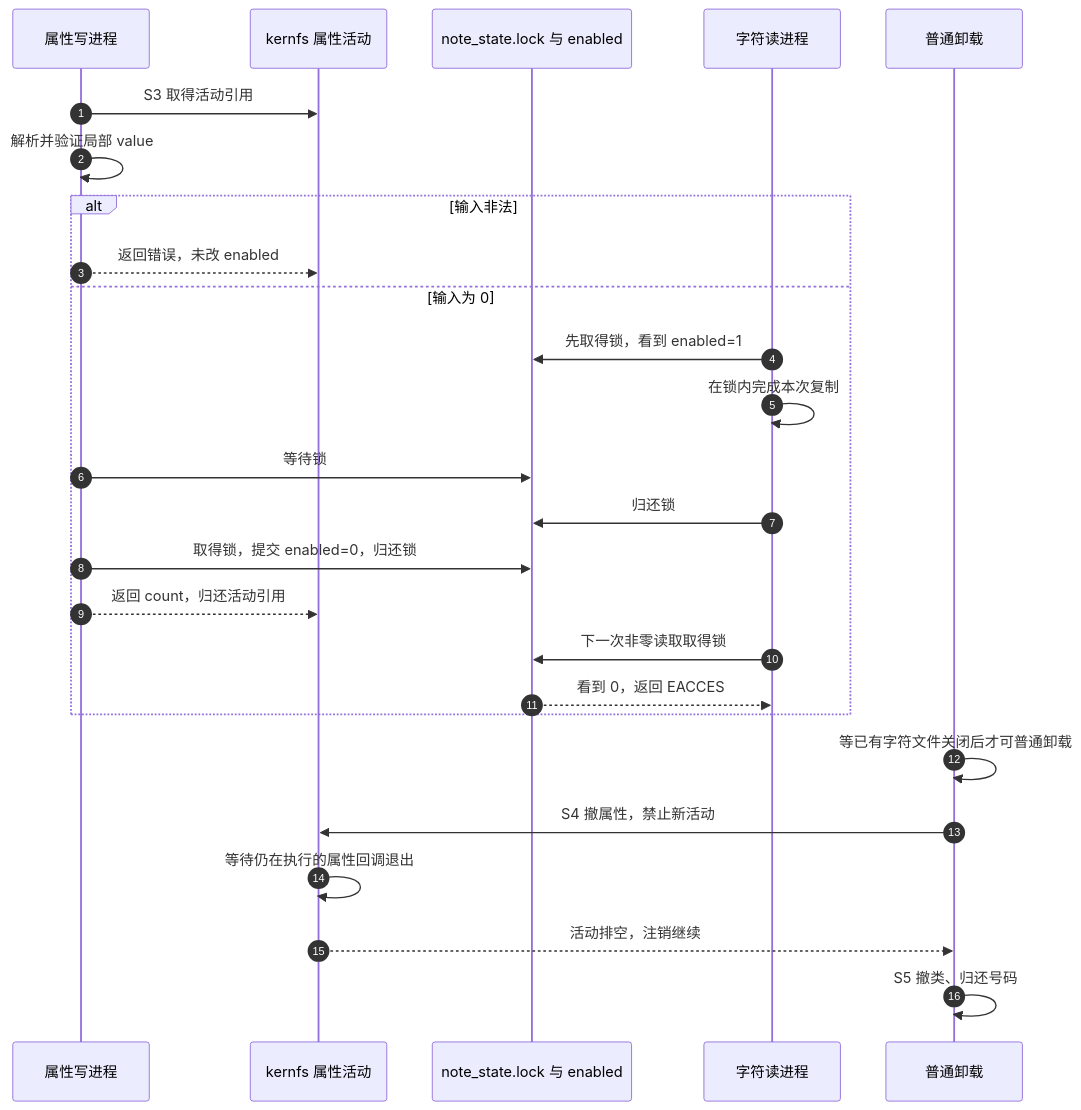
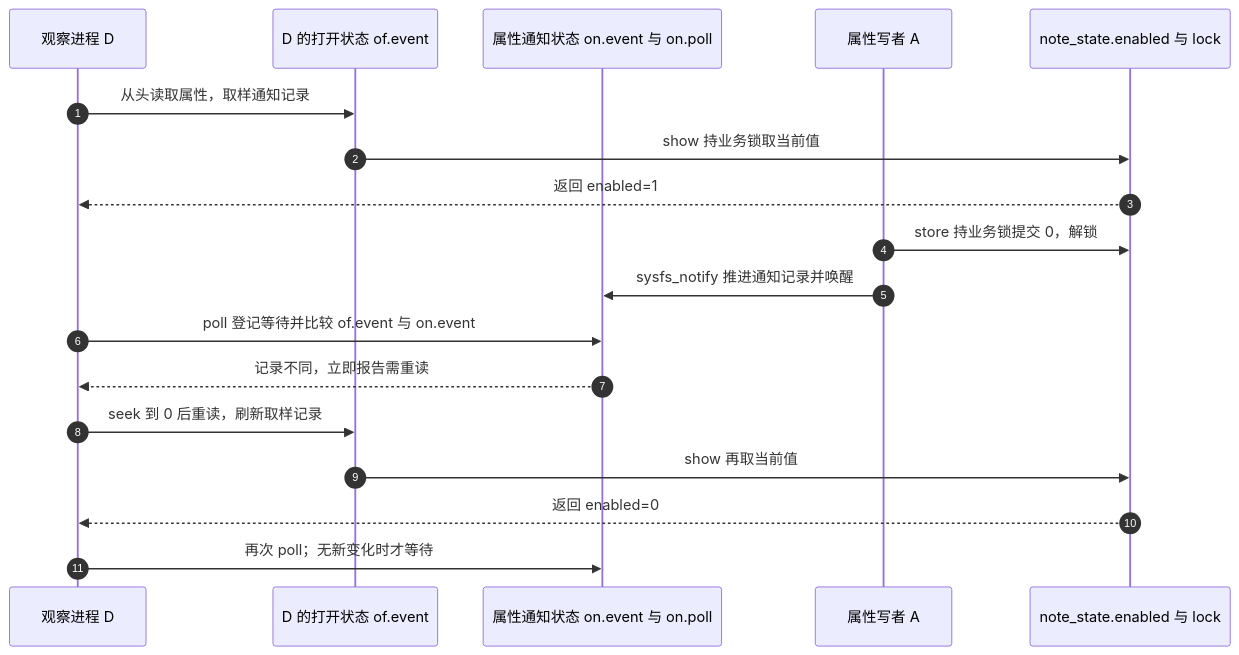
Before and after one commit to FormingSystem/linux_note: the fifth of 5 diagrams in knowledge/linux/device_model/class_sysfs/P04_并发访问与撤销.md, drawn with Mermaid. The commit also changed other lines of this file and 9 other files, not shown here.

````diff
--- a/knowledge/linux/device_model/class_sysfs/P04_并发访问与撤销.md
+++ b/knowledge/linux/device_model/class_sysfs/P04_并发访问与撤销.md
@@ -53,28 +166,20 @@
 ```mermaid
 sequenceDiagram
     autonumber
-    participant writer as 属性写进程
-    participant kernel as kernfs 属性活动
-    participant state as note_state.lock 与 enabled
-    participant reader as 字符读进程
-    participant exit as 普通卸载
-    writer->>kernel: S3 取得活动引用
-    writer->>writer: 解析并验证局部 value
-    alt 输入非法
-        writer-->>kernel: 返回错误，未改 enabled
-    else 输入为 0
-        reader->>state: 先取得锁，看到 enabled=1
-        reader->>reader: 在锁内完成本次复制
-        writer->>state: 等待锁
-        reader->>state: 归还锁
-        writer->>state: 取得锁，提交 enabled=0，归还锁
-        writer-->>kernel: 返回 count，归还活动引用
-        reader->>state: 下一次非零读取取得锁
-        state-->>reader: 看到 0，返回 EACCES
-    end
-    exit->>exit: 等已有字符文件关闭后才可普通卸载
-    exit->>kernel: S4 撤属性，禁止新活动
-    kernel->>kernel: 等待仍在执行的属性回调退出
-    kernel-->>exit: 活动排空，注销继续
-    exit->>exit: S5 撤类、归还号码
+    participant d as 观察进程 D
+    participant of as D 的打开状态 of.event
+    participant node as 属性通知状态 on.event 与 on.poll
+    participant a as 属性写者 A
+    participant state as note_state.enabled 与 lock
+    d->>of: 从头读取属性，取样通知记录
+    of->>state: show 持业务锁取当前值
+    state-->>d: 返回 enabled=1
+    a->>state: store 持业务锁提交 0，解锁
+    a->>node: sysfs_notify 推进通知记录并唤醒
+    d->>node: poll 登记等待并比较 of.event 与 on.event
+    node-->>d: 记录不同，立即报告需重读
+    d->>of: seek 到 0 后重读，刷新取样记录
+    of->>state: show 再取当前值
+    state-->>d: 返回 enabled=0
+    d->>node: 再次 poll；无新变化时才等待
 ```
````
